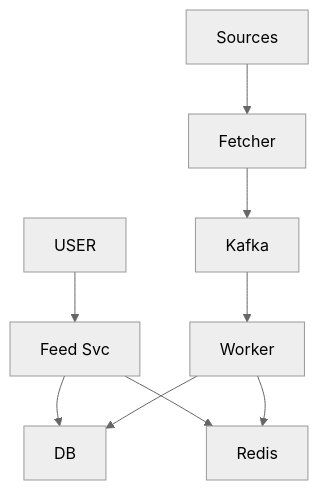
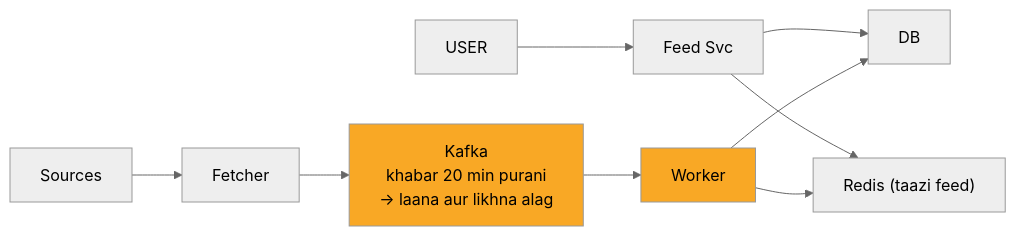
The third of 11 diagrams in 04_HLD/SYSTEM_DESIGNS/08_news_aggregator/08_news_aggregator_INTERVIEW.md (ArpanMaheshwari144/Prep), drawn with Mermaid (neutral theme) before and after one commit. The commit also changed other lines of this file and 2 other files, not shown here.

Commit message:
news, bookmyshow, cache: one-day story, short cards, follow-ups with rules, highlighted diagrams

````diff
--- a/04_HLD/SYSTEM_DESIGNS/08_news_aggregator/08_news_aggregator_INTERVIEW.md
+++ b/04_HLD/SYSTEM_DESIGNS/08_news_aggregator/08_news_aggregator_INTERVIEW.md
@@ -104,19 +112,21 @@
 ```mermaid
-flowchart TD
+flowchart LR
     n_USER["USER"]
     n_Feed_Svc["Feed Svc"]
-    n_Redis["Redis"]
+    n_Redis["Redis (taazi feed)"]
     n_DB["DB"]
     n_Worker["Worker"]
-    n_Kafka["Kafka"]
+    n_Kafka["Kafka<br/>khabar 20 min purani<br/>-> laana aur likhna alag"]
     n_Fetcher["Fetcher"]
     n_Sources["Sources"]
     n_USER --> n_Feed_Svc
     n_Feed_Svc --> n_Redis
     n_Feed_Svc --> n_DB
     n_Worker --> n_DB
     n_Worker --> n_Redis
     n_Kafka --> n_Worker
     n_Fetcher --> n_Kafka
     n_Sources --> n_Fetcher
+    style n_Kafka fill:#f9a825,color:#000
+    style n_Worker fill:#f9a825,color:#000
 ```
````
